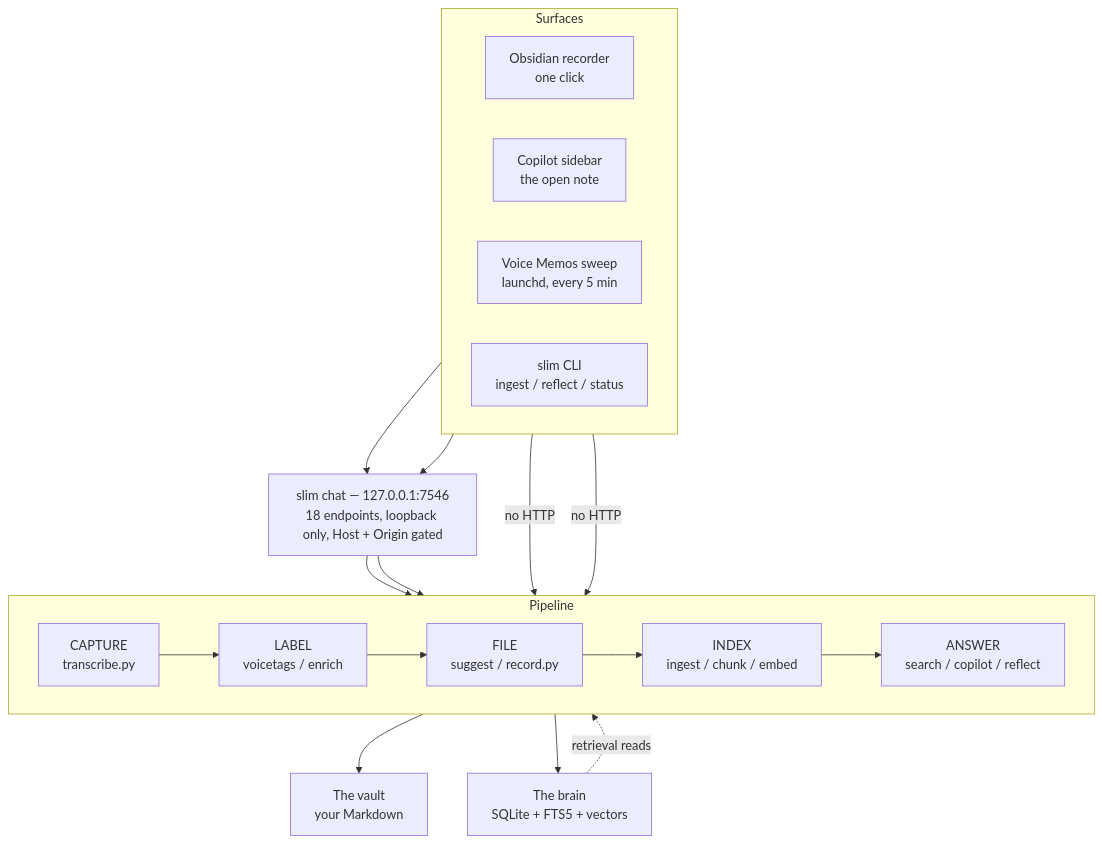
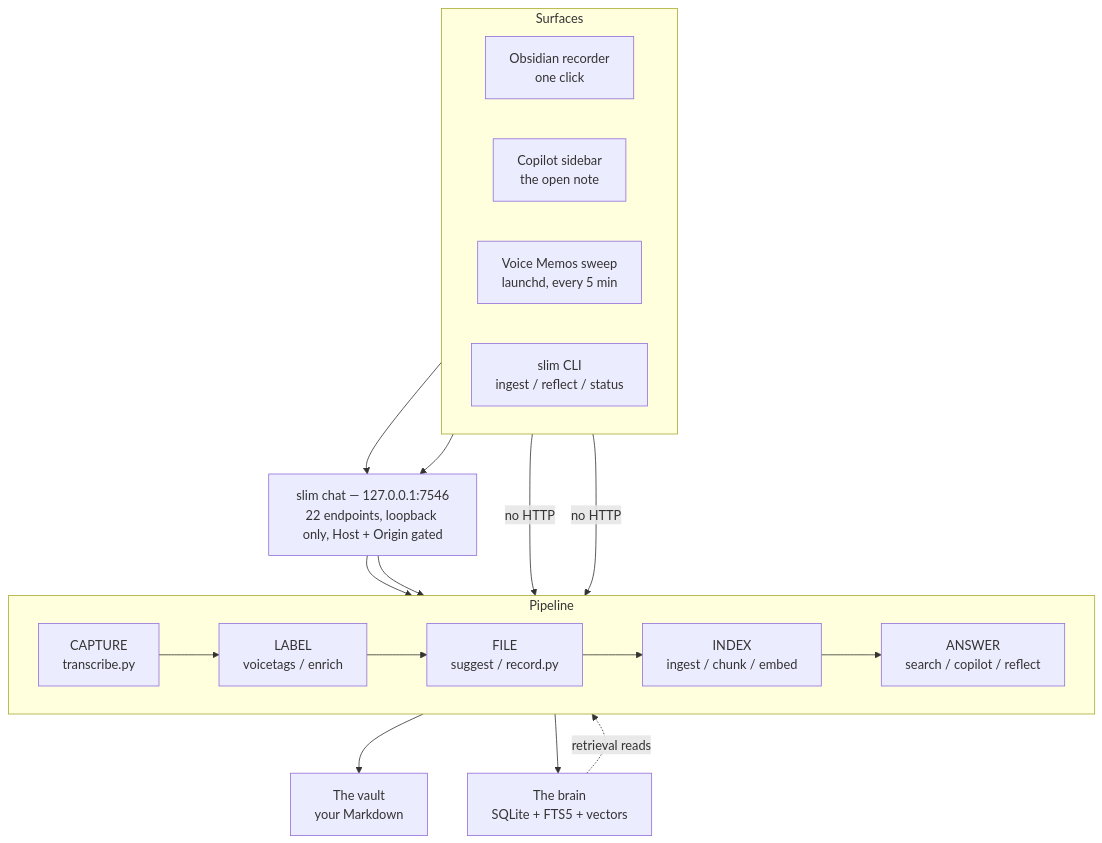
One commit to TimurAkhtemov/slim-obsidian changed the first of 4 diagrams in README.md. Above: the diagram before and after it, drawn with Mermaid. The commit also changed other lines of this file, not shown here.

First line of the commit message:
README: 22 endpoints; Skills/ is skipped too

````diff
--- a/README.md
+++ b/README.md
@@ -42,33 +42,33 @@
 ```mermaid
 flowchart TB
     subgraph S["Surfaces"]
         direction LR
         REC["Obsidian recorder<br/>one click"]
         COP["Copilot sidebar<br/>the open note"]
         MEM["Voice Memos sweep<br/>launchd, every 5 min"]
         CLI["slim CLI<br/>ingest / reflect / status"]
     end
 
-    SRV["slim chat — 127.0.0.1:7546<br/>18 endpoints, loopback only, Host + Origin gated"]
+    SRV["slim chat — 127.0.0.1:7546<br/>22 endpoints, loopback only, Host + Origin gated"]
 
     subgraph P["Pipeline"]
         direction LR
         CAP["CAPTURE<br/>transcribe.py"] --> LAB["LABEL<br/>voicetags / enrich"]
         LAB --> FIL["FILE<br/>suggest / record.py"]
         FIL --> IDX["INDEX<br/>ingest / chunk / embed"]
         IDX --> ANS["ANSWER<br/>search / copilot / reflect"]
     end
 
     VAULT["The vault<br/>your Markdown"]
     BRAIN["The brain<br/>SQLite + FTS5 + vectors"]
 
     REC --> SRV
     COP --> SRV
     SRV --> CAP
     SRV --> ANS
     MEM -- "no HTTP" --> CAP
     CLI -- "no HTTP" --> IDX
     FIL --> VAULT
     IDX --> BRAIN
     BRAIN -. "retrieval reads" .-> ANS
 ```
````
